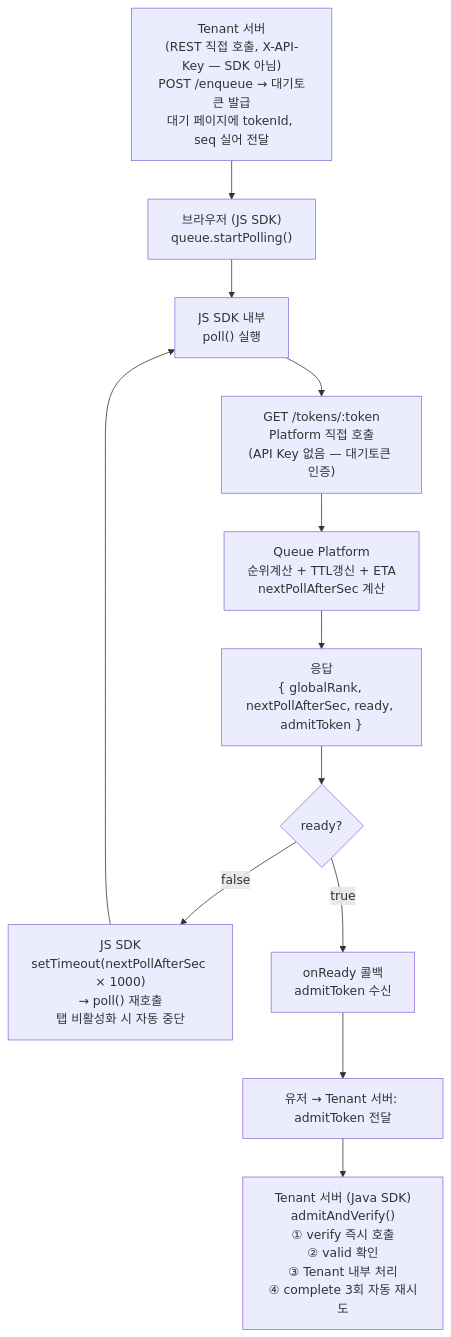
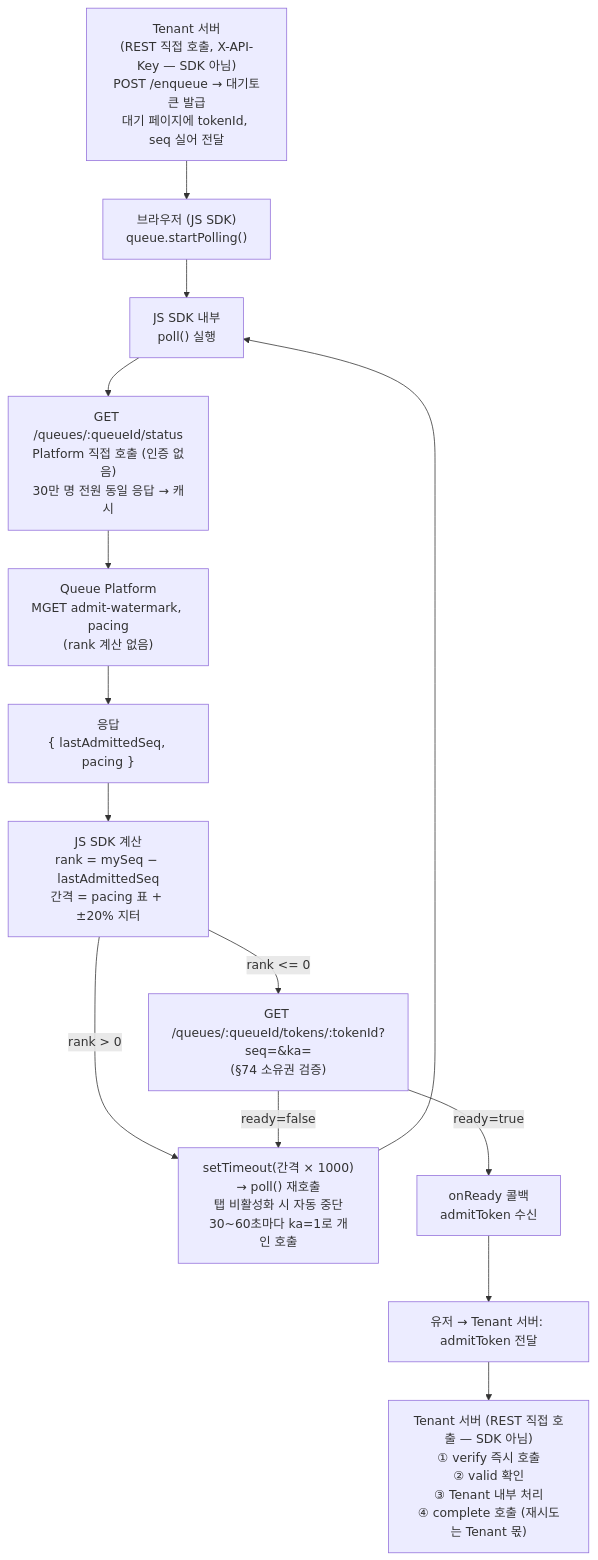
One commit to S-Onix/queue-platform changed the ninth of 12 diagrams in doc/FLOW.md. Above: the diagram before and after it, drawn with Mermaid. The commit also changed other lines of this file and 7 other files, not shown here.

````diff
--- a/doc/FLOW.md
+++ b/doc/FLOW.md
@@ -305,18 +311,20 @@
 ```mermaid
 flowchart TD
     TENANT["Tenant 서버\n(REST 직접 호출, X-API-Key — SDK 아님)\nPOST /enqueue → 대기토큰 발급\n대기 페이지에 tokenId, seq 실어 전달"]
     --> CLIENT["브라우저 (JS SDK)\nqueue.startPolling()"]
 
     CLIENT --> POLL["JS SDK 내부\npoll() 실행"]
-    --> REQ["GET /tokens/:token\nPlatform 직접 호출\n(API Key 없음 — 대기토큰 인증)"]
-    --> PLATFORM["Queue Platform\n순위계산 + TTL갱신 + ETA\nnextPollAfterSec 계산"]
-    --> RESP["응답\n{ globalRank, nextPollAfterSec, ready, admitToken }"]
+    --> REQ["GET /queues/:queueId/status\nPlatform 직접 호출 (인증 없음)\n30만 명 전원 동일 응답 → 캐시"]
+    --> PLATFORM["Queue Platform\nMGET admit-watermark, pacing\n(rank 계산 없음)"]
+    --> RESP["응답\n{ lastAdmittedSeq, pacing }"]
 
-    RESP --> READY{"ready?"}
-    READY -->|"false"| TIMER["JS SDK\nsetTimeout(nextPollAfterSec × 1000)\n→ poll() 재호출\n탭 비활성화 시 자동 중단"]
+    RESP --> CALC["JS SDK 계산\nrank = mySeq − lastAdmittedSeq\n간격 = pacing 표 + ±20% 지터"]
+    CALC -->|"rank > 0"| TIMER["setTimeout(간격 × 1000)\n→ poll() 재호출\n탭 비활성화 시 자동 중단\n30~60초마다 ka=1로 개인 호출"]
     TIMER --> POLL
 
-    READY -->|"true"| CB["onReady 콜백\nadmitToken 수신"]
+    CALC -->|"rank <= 0"| ME["GET /queues/:queueId/tokens/:tokenId?seq=&ka=\n(§74 소유권 검증)"]
+    ME -->|"ready=false"| TIMER
+    ME -->|"ready=true"| CB["onReady 콜백\nadmitToken 수신"]
     --> SEND["유저 → Tenant 서버: admitToken 전달"]
-    --> JAVA["Tenant 서버 (Java SDK)\nadmitAndVerify()\n① verify 즉시 호출\n② valid 확인\n③ Tenant 내부 처리\n④ complete 3회 자동 재시도"]
+    --> TENANT2["Tenant 서버 (REST 직접 호출 — SDK 아님)\n① verify 즉시 호출\n② valid 확인\n③ Tenant 내부 처리\n④ complete 호출 (재시도는 Tenant 몫)"]
 ```
````
